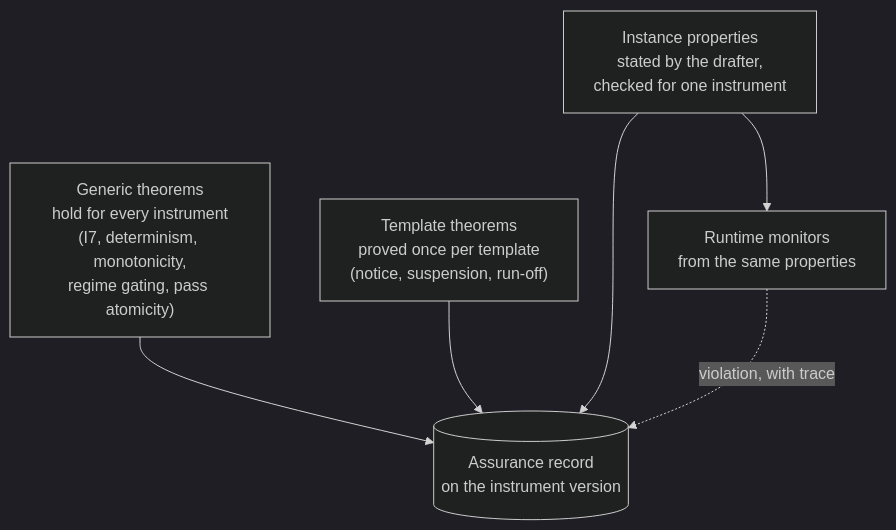
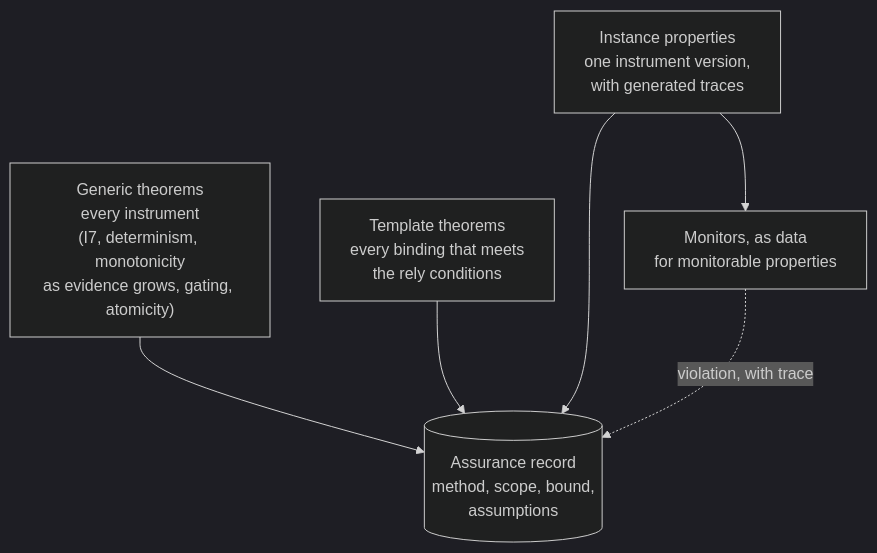
The second of 4 diagrams in docs/developer/sketches/formal-methods.md (nebularis/lattice), drawn with Mermaid (dark theme) before and after one commit. The commit also changed other lines of this file and 10 other files, not shown here.

````diff
--- a/docs/developer/sketches/formal-methods.md
+++ b/docs/developer/sketches/formal-methods.md
@@ -481,13 +534,13 @@
 ```mermaid
 flowchart TB
-    G["Generic theorems<br/>hold for every instrument<br/>(I7, determinism, monotonicity,<br/>regime gating, pass atomicity)"]
-    T["Template theorems<br/>proved once per template<br/>(notice, suspension, run-off)"]
-    I["Instance properties<br/>stated by the drafter,<br/>checked for one instrument"]
-    C[("Assurance record<br/>on the instrument version")]
-    M["Runtime monitors<br/>from the same properties"]
+    G["Generic theorems<br/>every instrument<br/>(I7, determinism, monotonicity<br/>as evidence grows, gating, atomicity)"]
+    T["Template theorems<br/>every binding that meets<br/>the rely conditions"]
+    I["Instance properties<br/>one instrument version,<br/>with generated traces"]
+    C[("Assurance record<br/>method, scope, bound,<br/>assumptions")]
+    M["Monitors, as data<br/>for monitorable properties"]
     G --> C
     T --> C
     I --> C
     I --> M
     M -. "violation, with trace" .-> C
 ```
````
